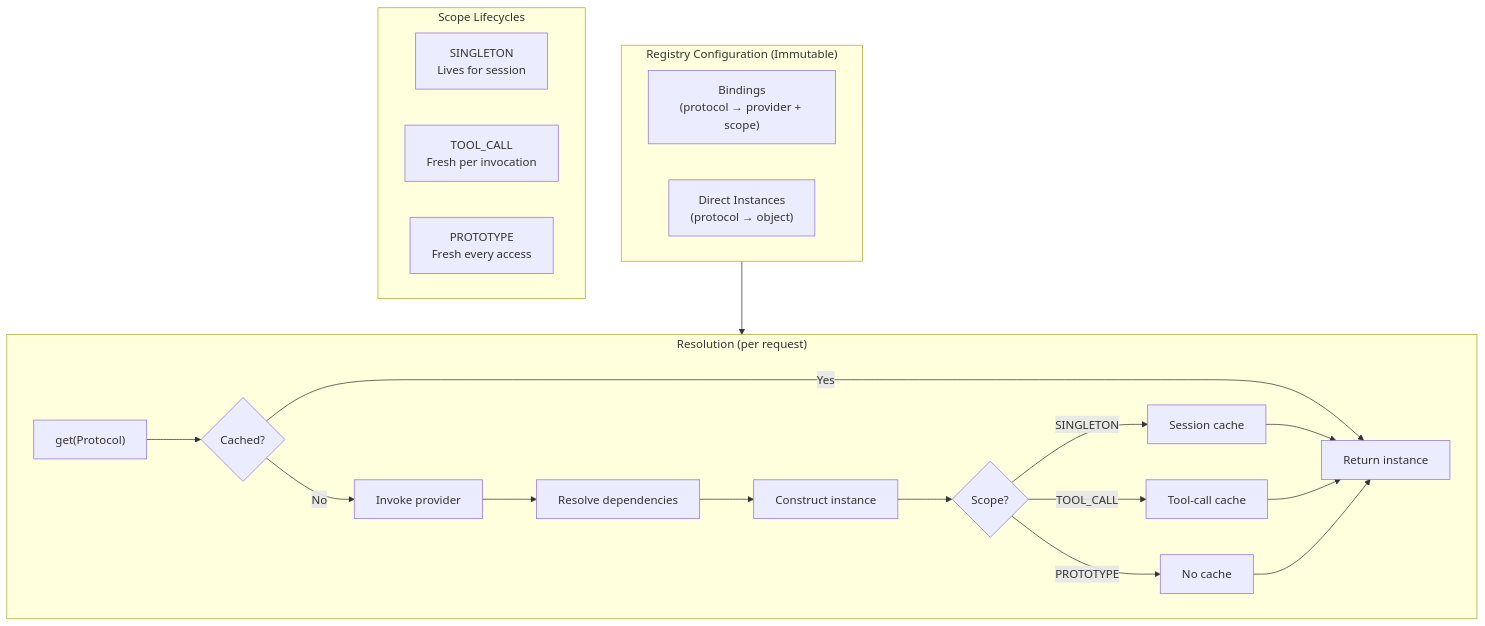
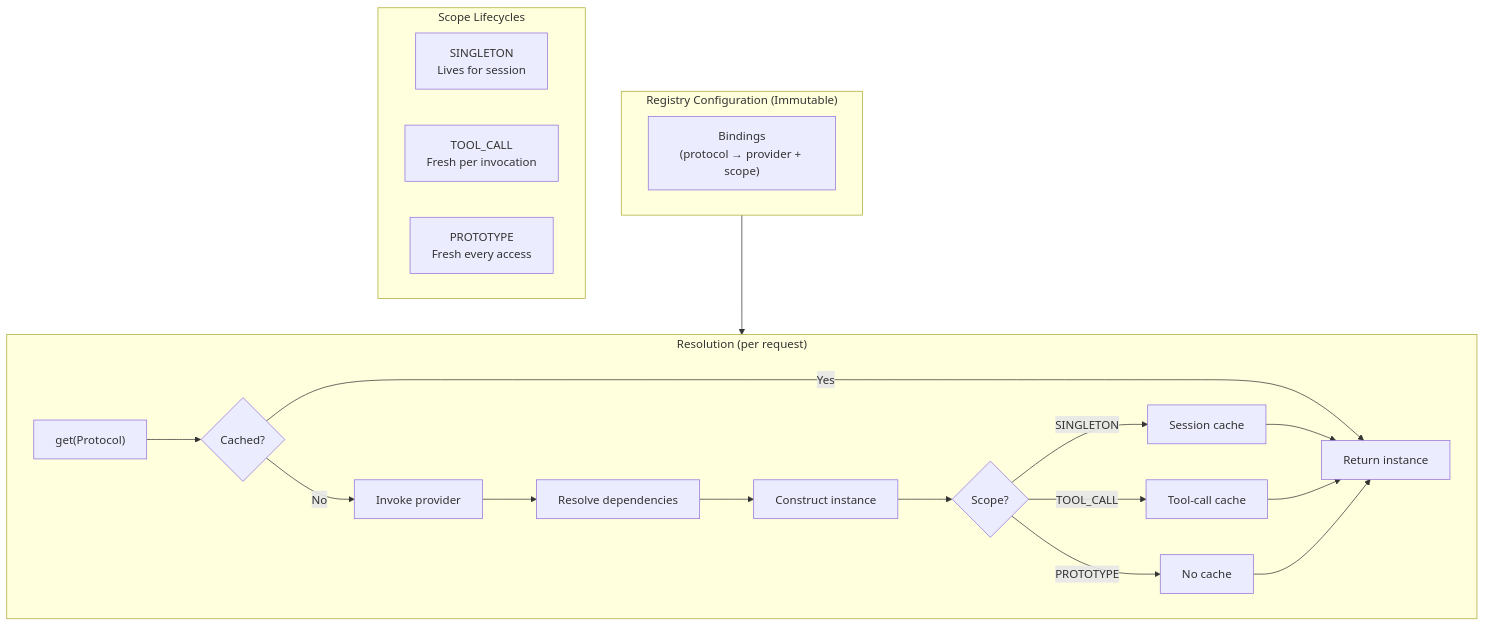
One commit to weakincentives/weakincentives changed the diagram in specs/RESOURCE_REGISTRY.md. Above: the diagram before and after it, drawn with Mermaid. The commit also changed other lines of this file and 9 other files, not shown here.

````diff
--- a/specs/RESOURCE_REGISTRY.md
+++ b/specs/RESOURCE_REGISTRY.md
@@ -23,30 +21,29 @@
 ```mermaid
 flowchart TB
     subgraph Configuration["Registry Configuration (Immutable)"]
         Bindings["Bindings<br/>(protocol → provider + scope)"]
-        Instances["Direct Instances<br/>(protocol → object)"]
     end
 
     subgraph Resolution["Resolution (per request)"]
         Get["get(Protocol)"] --> Check{"Cached?"}
         Check -->|Yes| Return["Return instance"]
         Check -->|No| Resolve["Invoke provider"]
         Resolve --> Deps["Resolve dependencies"]
         Deps --> Construct["Construct instance"]
         Construct --> Cache{"Scope?"}
         Cache -->|SINGLETON| SingletonCache["Session cache"]
         Cache -->|TOOL_CALL| ToolCache["Tool-call cache"]
         Cache -->|PROTOTYPE| NoCache["No cache"]
         SingletonCache --> Return
         ToolCache --> Return
         NoCache --> Return
     end
 
     subgraph Scopes["Scope Lifecycles"]
         Singleton["SINGLETON<br/>Lives for session"]
         ToolCall["TOOL_CALL<br/>Fresh per invocation"]
         Prototype["PROTOTYPE<br/>Fresh every access"]
     end
 
     Configuration --> Resolution
 ```
````
